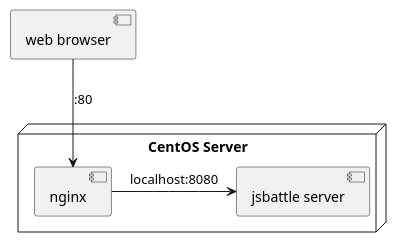
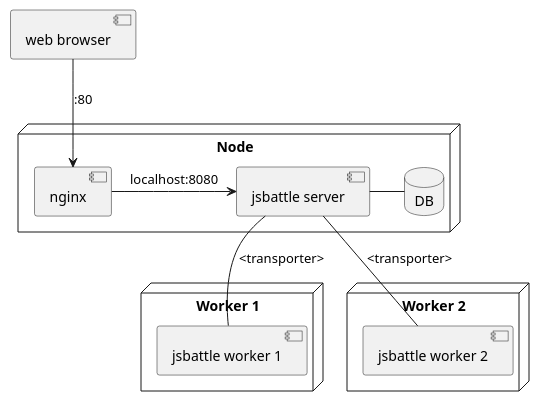
One commit to jamro/jsbattle changed the diagram in packages/jsbattle-docs/src/puml/infrastructure.puml. Above: the diagram before and after it, drawn with PlantUML. The commit also changed 5 other files, not shown here.

```diff
--- a/packages/jsbattle-docs/src/puml/infrastructure.puml
+++ b/packages/jsbattle-docs/src/puml/infrastructure.puml
@@ -1,12 +1,25 @@
 @startuml
 
-node "CentOS Server" {
+node "Node" {
   [nginx]
   [jsbattle server]
+  database DB
 }
 
+node "Worker 1" {
+  [jsbattle worker 1]
+}
+
+node "Worker 2" {
+  [nginx]
+  [jsbattle worker 2]
+}
 
 [web browser] --> [nginx] : :80
 [nginx] -> [jsbattle server] : localhost:8080
+[jsbattle server] - DB
+
+[jsbattle server] -- [jsbattle worker 1] : <transporter>
+[jsbattle server] -- [jsbattle worker 2] : <transporter>
 
 @enduml
```
